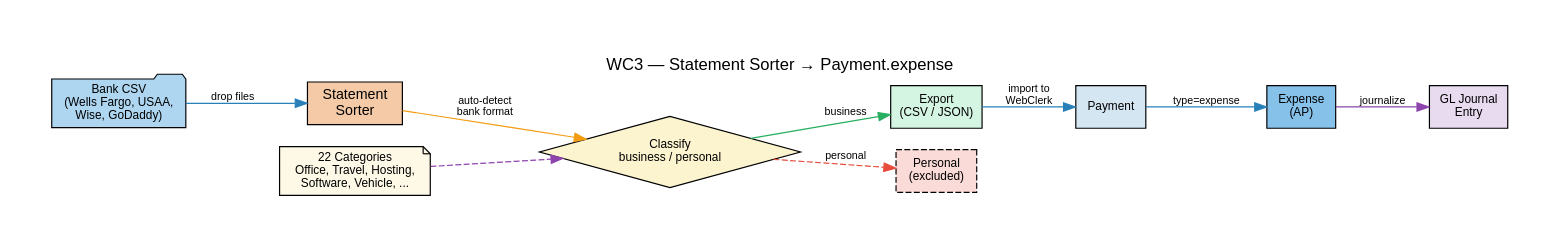
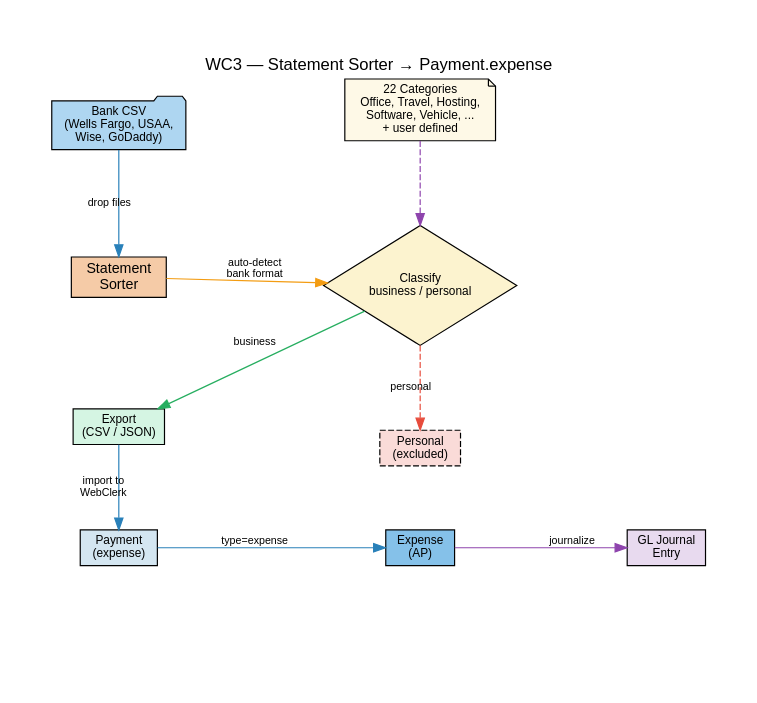
Before and after one commit to JPods/allie-core: the diagram in readmes/flowcharts/wc3-statement-sorter.dot, drawn with Graphviz. The commit also changed 2 other files, not shown here.

Commit message:
Statement sorter layout rev 4: balanced diamond, top-aligned, user-defined categories

```diff
--- a/readmes/flowcharts/wc3-statement-sorter.dot
+++ b/readmes/flowcharts/wc3-statement-sorter.dot
@@ -1,48 +1,70 @@
 // WC3 Statement Sorter → Payment.expense pipeline
 // Render: dot -Tsvg wc3-statement-sorter.dot -o wc3-statement-sorter.svg
 
-// CodeMap revision: 1 — 2026-08-11
+// CodeMap revision: 4 — 2026-08-11
 
 digraph wc3_statement_sorter {
     rankdir=LR
     fontname="Helvetica"
     fontsize=11
     node [fontname="Helvetica" fontsize=10 style=filled]
     edge [fontname="Helvetica" fontsize=9]
     label="WC3 — Statement Sorter → Payment.expense"
     labelloc=t
     fontsize=14
     pad=0.5
+    nodesep=0.5
+    ranksep=0.7
 
-    // Sources
+    // Invisible anchor nodes for top-alignment
+    node [shape=point width=0 height=0 style=invis]
+    anchor1 [label=""]
+    anchor2 [label=""]
+
+    // Visible nodes
+    node [style=filled]
+
+    // Left column — inputs
     bank_csv [label="Bank CSV\n(Wells Fargo, USAA,\nWise, GoDaddy)" shape=folder fillcolor="#AED6F1"]
+    categories [label="22 Categories\nOffice, Travel, Hosting,\nSoftware, Vehicle, ...\n+ user defined" shape=note fillcolor="#FEF9E7"]
 
-    // Statement Sorter
+    // Center — pipeline
     statement_sorter [label="Statement\nSorter" shape=box fillcolor="#F5CBA7" fontsize=12]
-    statement_classify [label="Classify\nbusiness / personal" shape=diamond fillcolor="#FCF3CF"]
+    statement_classify [label="Classify\nbusiness / personal" shape=diamond fillcolor="#FCF3CF" width=2.2 height=1.4]
 
-    // Outputs
+    // Right — outputs
     statement_export [label="Export\n(CSV / JSON)" shape=box fillcolor="#D5F5E3"]
     personal [label="Personal\n(excluded)" shape=box fillcolor="#FADBD8" style="filled,dashed"]
 
-    // WebClerk
-    payment [label="Payment" shape=box fillcolor="#D4E6F1"]
+    // Far right — WebClerk vertical stack
+    payment [label="Payment\n(expense)" shape=box fillcolor="#D4E6F1"]
     expense [label="Expense\n(AP)" shape=box fillcolor="#85C1E9"]
-
-    // GL
     gl [label="GL Journal\nEntry" shape=box fillcolor="#E8DAEF"]
 
-    // Categories
-    categories [label="22 Categories\nOffice, Travel, Hosting,\nSoftware, Vehicle, ..." shape=note fillcolor="#FEF9E7"]
+    // Top row aligned
+    { rank=same; bank_csv; statement_sorter; statement_export; payment }
 
-    // Flow
+    // Bottom row
+    { rank=same; categories; statement_classify; personal; expense }
+
+    // GL below expense
+    { rank=same; gl }
+
+    // Invisible edges to force top alignment
+    bank_csv -> categories [style=invis]
+    statement_sorter -> statement_classify [label="auto-detect\nbank format" color="#F39C12"]
+    statement_export -> personal [style=invis]
+    payment -> expense [label="type=expense" color="#2980B9"]
+    expense -> gl [label="journalize" color="#8E44AD"]
+
+    // Left inputs → center (diagonal)
     bank_csv -> statement_sorter [label="drop files" color="#2980B9"]
-    statement_sorter -> statement_classify [label="auto-detect\nbank format" color="#F39C12"]
+    categories -> statement_classify [style=dashed color="#8E44AD"]
+
+    // Center → right outputs (diagonal)
     statement_classify -> statement_export [label="business" color="#27AE60"]
     statement_classify -> personal [label="personal" color="#E74C3C" style=dashed]
-    categories -> statement_classify [style=dashed color="#8E44AD"]
 
+    // Export → Payment
     statement_export -> payment [label="import to\nWebClerk" color="#2980B9"]
-    payment -> expense [label="type=expense" color="#2980B9"]
-    expense -> gl [label="journalize" color="#8E44AD"]
 }
```
